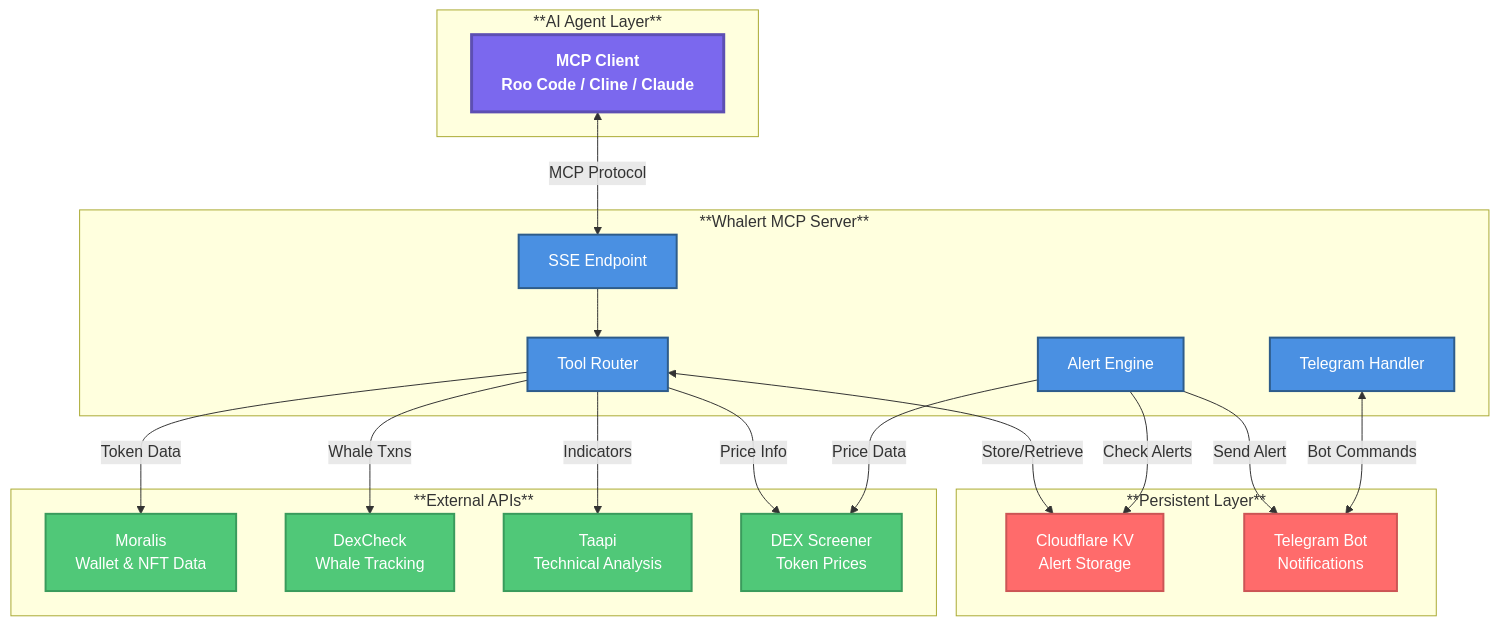
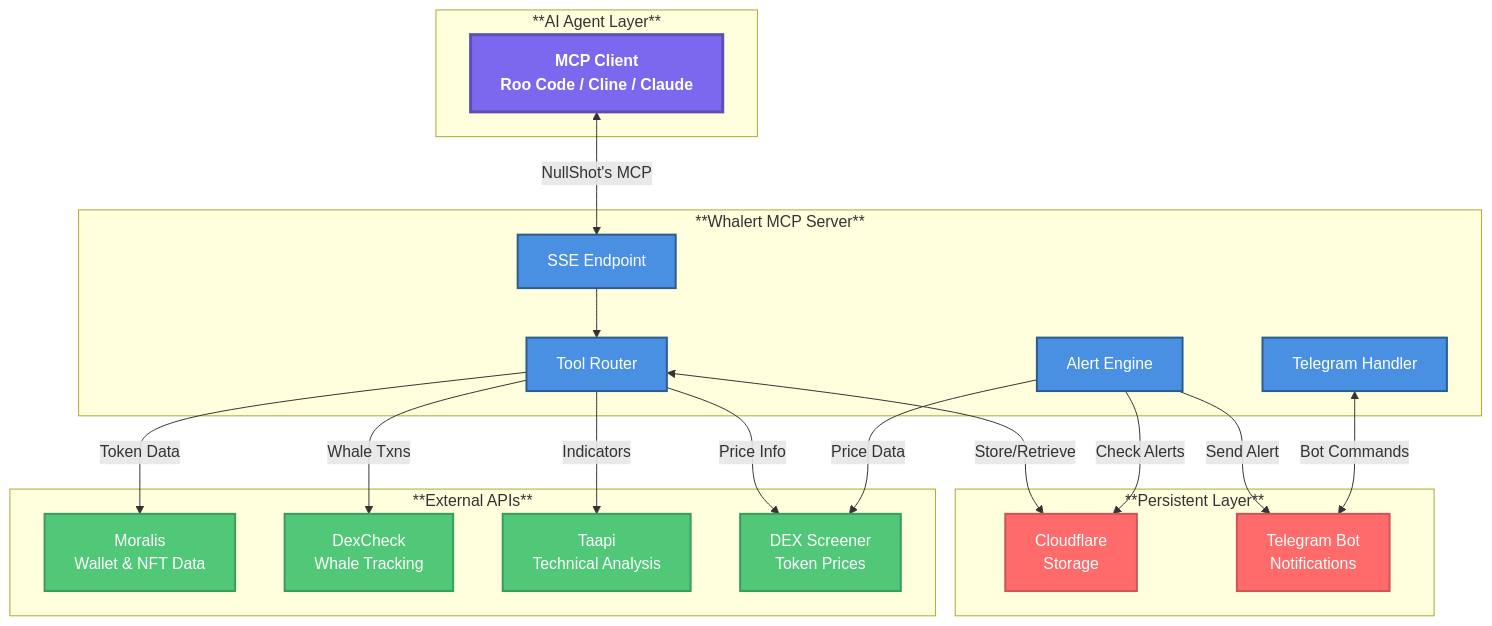
Before and after one commit to SuReaper/Whalert: the diagram in README.md, drawn with Mermaid.

Commit message:
Updated Project

````diff
--- a/README.md
+++ b/README.md
@@ -141,47 +141,47 @@
 ```mermaid
 graph TB
     subgraph Client["**AI Agent Layer**"]
         A[MCP Client<br/>Roo Code / Cline / Claude]
     end
     
     subgraph Server["**Whalert MCP Server**"]
         B[SSE Endpoint]
         C[Tool Router]
         D[Alert Engine]
         E[Telegram Handler]
     end
     
     subgraph APIs["**External APIs**"]
         F[Moralis<br/>Wallet & NFT Data]
         G[DexCheck<br/>Whale Tracking]
         H[Taapi<br/>Technical Analysis]
         I[DEX Screener<br/>Token Prices]
     end
     
     subgraph Storage["**Persistent Layer**"]
-        J[Cloudflare KV<br/>Alert Storage]
+        J[Cloudflare<br/>Storage]
         K[Telegram Bot<br/>Notifications]
     end
     
-    A <-->|MCP Protocol| B
+    A <-->|NullShot's MCP| B
     B --> C
     C -->|Token Data| F
     C -->|Whale Txns| G
     C -->|Indicators| H
     C -->|Price Info| I
     C <-->|Store/Retrieve| J
     D -->|Check Alerts| J
     D -->|Price Data| I
     D -->|Send Alert| K
     E <-->|Bot Commands| K
     
     classDef clientStyle fill:#7B68EE,stroke:#5D4FB3,stroke-width:3px,color:#fff,font-weight:bold
     classDef serverStyle fill:#4A90E2,stroke:#2E5C8A,stroke-width:2px,color:#fff
     classDef apiStyle fill:#50C878,stroke:#3A9B5C,stroke-width:2px,color:#fff
     classDef storageStyle fill:#FF6B6B,stroke:#CC5555,stroke-width:2px,color:#fff
     
     class A clientStyle
     class B,C,D,E serverStyle
     class F,G,H,I apiStyle
     class J,K storageStyle
 ```
````
